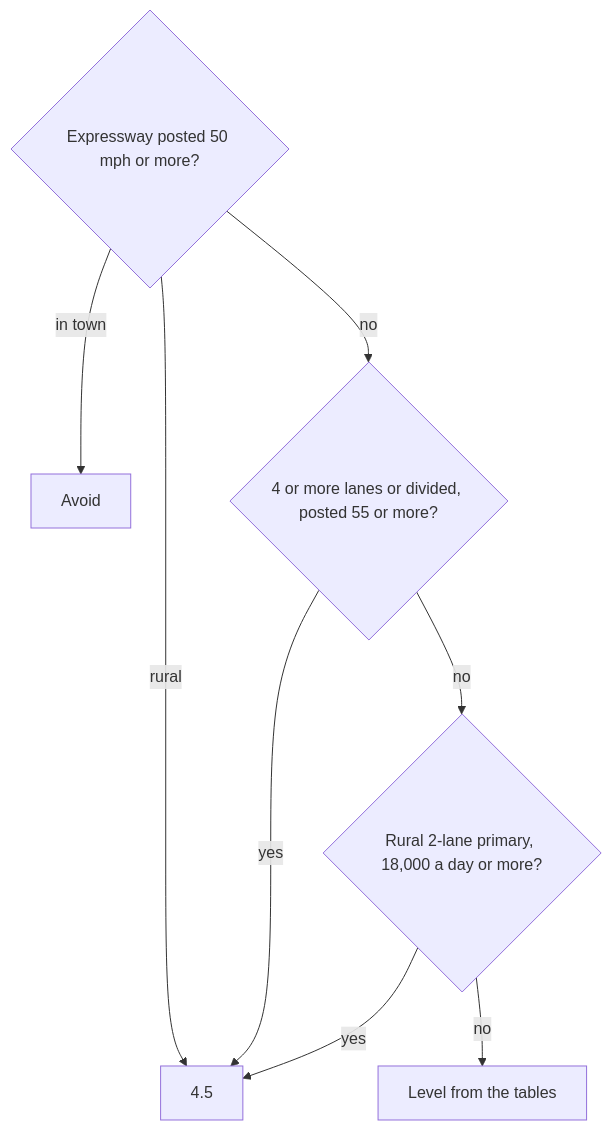
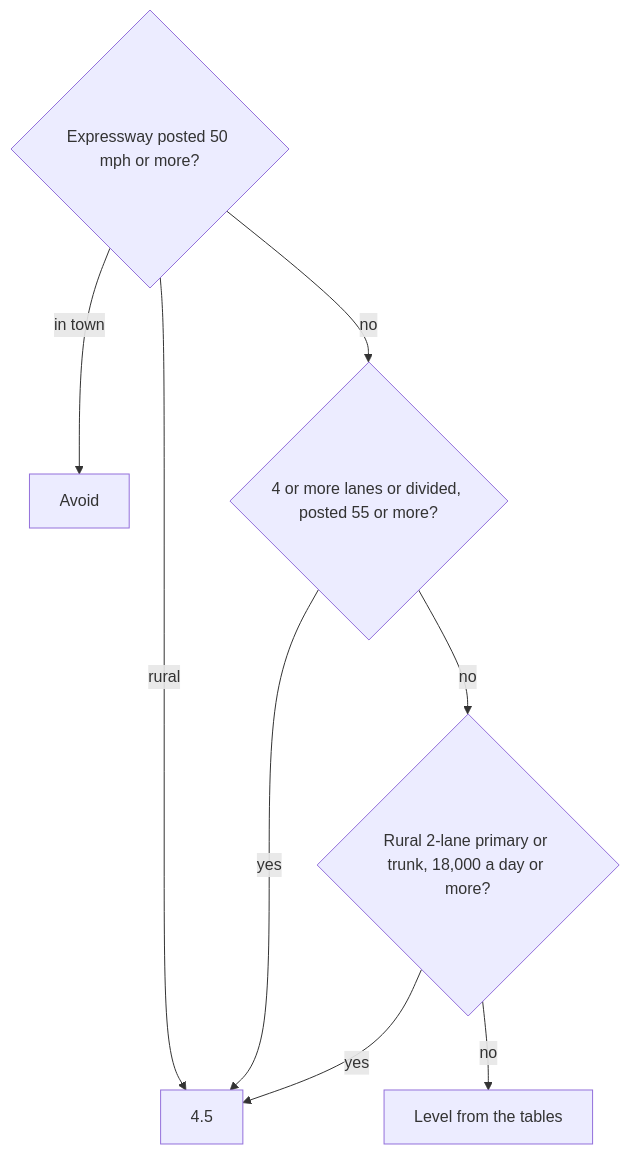
Diagram 12 of 13 in docs/stress/classification.md (Macrophage87/RouteMaker), drawn with Mermaid before and after one commit. The commit also changed other lines of this file and 1 other file, not shown here.

First line of the commit message:
Stress docs, review r1: speeds by state, measured class counts, the rural table, the missing-data rule, the service-road diagram

````diff
--- a/docs/stress/classification.md
+++ b/docs/stress/classification.md
@@ -615,10 +738,10 @@
 ```mermaid
 flowchart TD
     A{"Expressway posted 50 mph or more?"} -- "in town" --> V["Avoid"]
     A -- "rural" --> H["4.5"]
     A -- no --> B{"4 or more lanes or divided, posted 55 or more?"}
     B -- yes --> H
-    B -- no --> C{"Rural 2-lane primary, 18,000 a day or more?"}
+    B -- no --> C{"Rural 2-lane primary or trunk, 18,000 a day or more?"}
     C -- yes --> H
     C -- no --> K["Level from the tables"]
 ```
````
